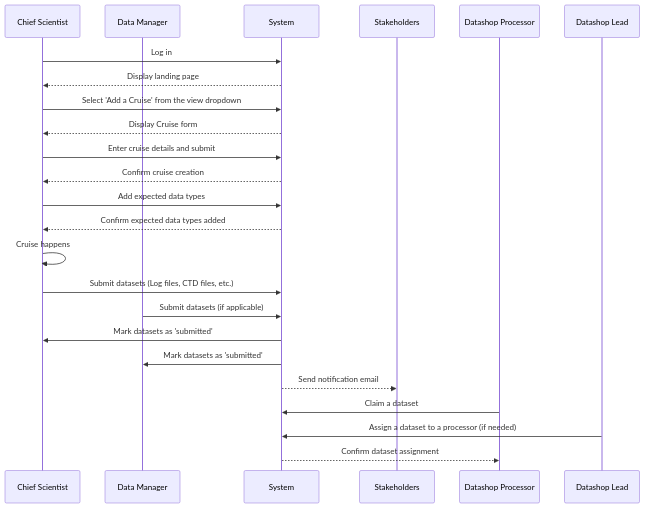
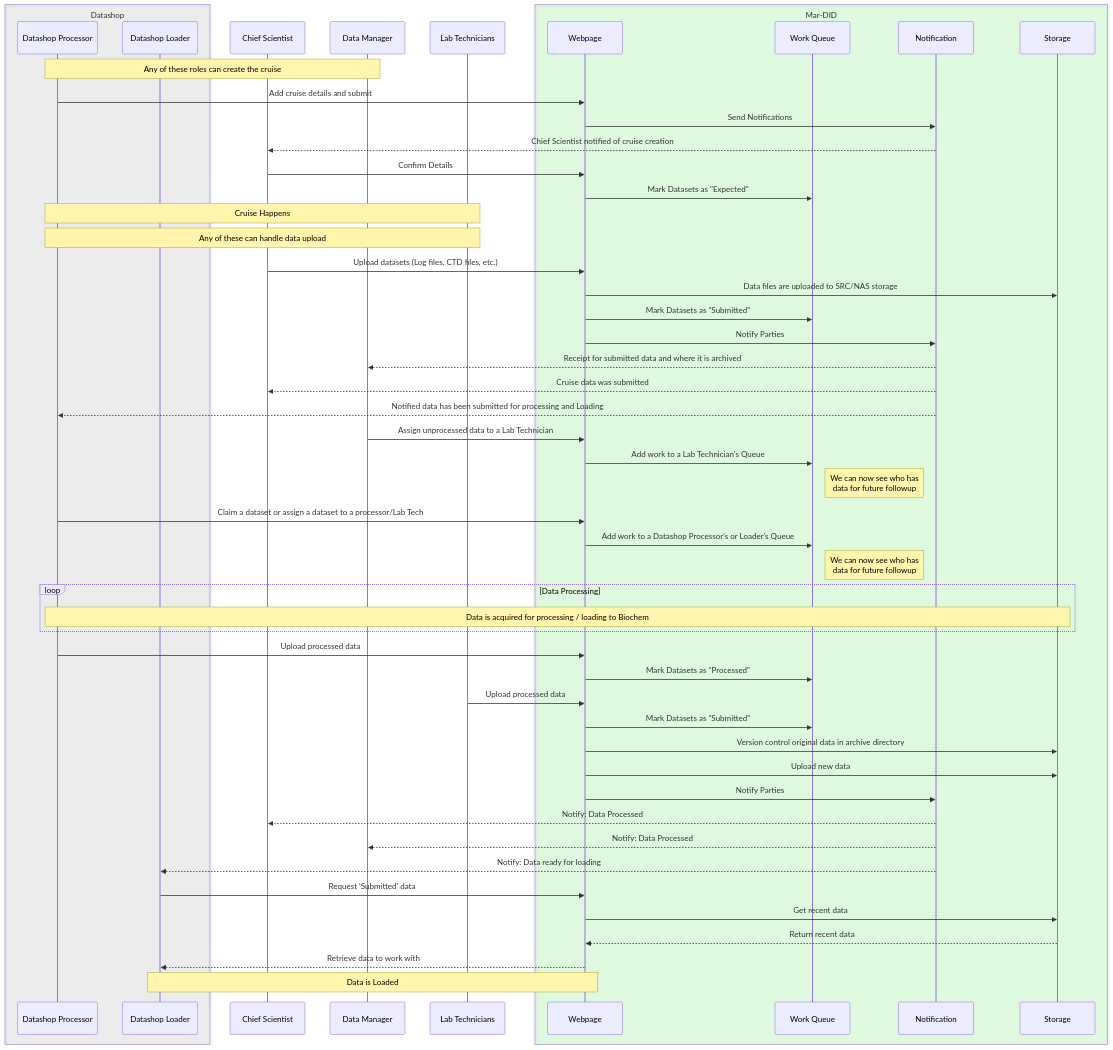
Before and after one commit to dfo-mar-odis/mar-did: the diagram in docs/workflows/workflow.mmd, drawn with Mermaid. The commit also changed 4 other files, not shown here.

Commit message:
More than one person could be assigned to a dataset for Processing

```diff
--- a/docs/workflows/workflow.mmd
+++ b/docs/workflows/workflow.mmd
@@ -1,30 +1,73 @@
+%%%%{init: {'theme': 'base', 'themeVariables': {
+%%    'primaryColor': '#ffcc00',
+%%    'edgeLabelBackground': '#ffffff',
+%%    'actorBorder': '#000000',
+%%    'actorBkg': '#e6f7ff',
+%%    'actorTextColor': '#000000'
+%%}}}%%
 sequenceDiagram
+    box rgb(126, 126, 126, .1) Datashop
+    participant DatashopProcessor as Datashop Processor
+    participant DatashopLoader as Datashop Loader
+    end
     participant ChiefScientist as Chief Scientist
     participant DataManager as Data Manager
-    participant System as System
-    participant Stakeholders as Stakeholders
-    participant DatashopProcessor as Datashop Processor
-    participant DatashopLead as Datashop Lead
+    participant LabTechnicians as Lab Technicians
+    box rgb(0, 255, 0, .1) Mar-DID
+    participant System as Webpage
+    participant WorkQueue as Work Queue
+    participant Notification as Notification
+    participant Storage as Storage
+    end
 
-    ChiefScientist->>System: Log in
-    System-->>ChiefScientist: Display landing page
+    note over DatashopProcessor,DataManager: Any of these roles can create the cruise
+    DatashopProcessor->>System: Add cruise details and submit
 
-    ChiefScientist->>System: Select 'Add a Cruise' from the view dropdown
-    System-->>ChiefScientist: Display Cruise form
-    ChiefScientist->>System: Enter cruise details and submit
-    System-->>ChiefScientist: Confirm cruise creation
+    System->>Notification: Send Notifications
+    Notification-->>ChiefScientist: Chief Scientist notified of cruise creation
 
-    ChiefScientist->>System: Add expected data types
-    System-->>ChiefScientist: Confirm expected data types added
+    ChiefScientist->>System: Confirm Details
+    System->>WorkQueue: Mark Datasets as "Expected"
 
-    ChiefScientist->>ChiefScientist: Cruise happens
+    note over DatashopProcessor,LabTechnicians: Cruise Happens
+    note over DatashopProcessor,LabTechnicians: Any of these can handle data upload
 
-    ChiefScientist->>System: Submit datasets (Log files, CTD files, etc.)
-    DataManager->>System: Submit datasets (if applicable)
-    System->>ChiefScientist: Mark datasets as 'submitted'
-    System->>DataManager: Mark datasets as 'submitted'
-    System-->>Stakeholders: Send notification email
+    ChiefScientist->>System: Upload datasets (Log files, CTD files, etc.)
+    System->>Storage: Data files are uploaded to SRC/NAS storage
+    System->>WorkQueue: Mark Datasets as "Submitted"
+    System->>Notification: Notify Parties
 
-    DatashopProcessor->>System: Claim a dataset
-    DatashopLead->>System: Assign a dataset to a processor (if needed)
-    System-->>DatashopProcessor: Confirm dataset assignment
+    Notification-->>DataManager: Receipt for submitted data and where it is archived
+    Notification-->>ChiefScientist: Cruise data was submitted
+    Notification-->>DatashopProcessor: Notified data has been submitted for processing and Loading
+
+    DataManager->>System: Assign unprocessed data to a Lab Technician
+    System->>WorkQueue: Add work to a Lab Technician's Queue
+    note right of WorkQueue: We can now see who has<br/>data for future followup
+
+    DatashopProcessor->>System: Claim a dataset or assign a dataset to a processor/Lab Tech
+    System->>WorkQueue: Add work to a Datashop Processor's or Loader's Queue
+    note right of WorkQueue: We can now see who has<br/>data for future followup
+    loop Data Processing
+    note over DatashopProcessor,Storage: Data is acquired for processing / loading to Biochem
+    end
+
+    DatashopProcessor->>System: Upload processed data
+    System->>WorkQueue: Mark Datasets as "Processed"
+    LabTechnicians->>System: Upload processed data
+    System->>WorkQueue: Mark Datasets as "Submitted"
+
+    System->>Storage: Version control original data in archive directory
+    System->>Storage: Upload new data
+    System->>Notification: Notify Parties
+
+    Notification-->>ChiefScientist: Notify: Data Processed
+    Notification-->>DataManager: Notify: Data Processed
+    Notification-->>DatashopLoader: Notify: Data ready for loading
+
+    DatashopLoader->>System: Request 'Submitted' data
+    System->>Storage: Get recent data
+    Storage-->>System: Return recent data
+    System-->>DatashopLoader: Retrieve data to work with
+
+    note over DatashopLoader,System: Data is Loaded
```
